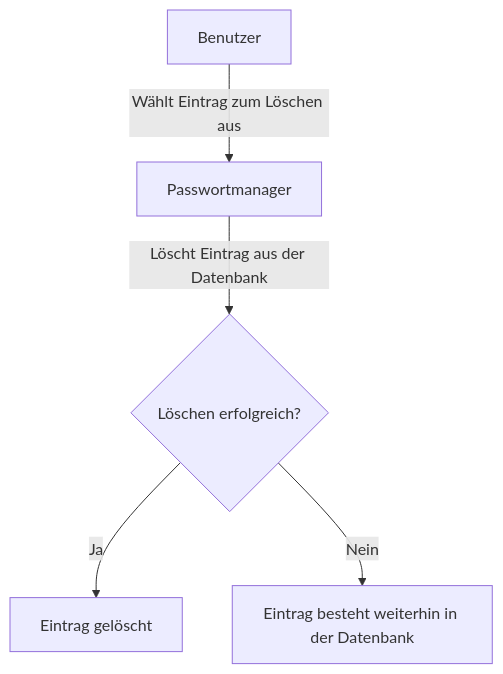
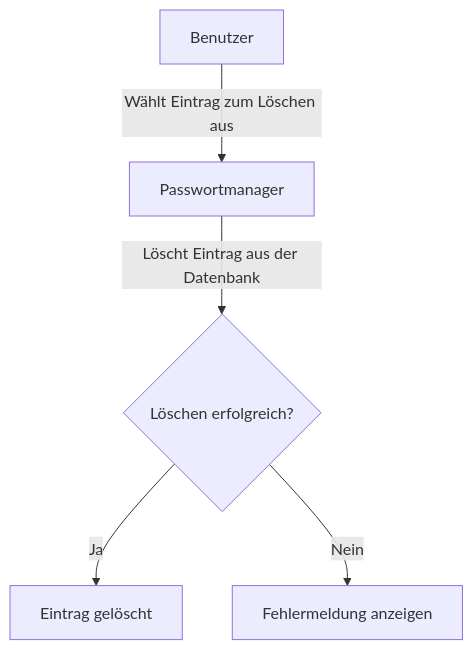
The sixth of 11 diagrams in ReadMe.md (NebelNite/Passwortmanager), drawn with Mermaid before and after one commit. The commit also changed other lines of this file and 11 other files, not shown here.

````diff
--- a/ReadMe.md
+++ b/ReadMe.md
@@ -297,7 +286,7 @@
 ```mermaid
 graph TD;
     A[Benutzer] -->|Wählt Eintrag zum Löschen aus| B[Passwortmanager]
     B -->|Löscht Eintrag aus der Datenbank| C{Löschen erfolgreich?}
     C -- Ja --> D[Eintrag gelöscht]
-    C -- Nein --> E[Eintrag besteht weiterhin in der Datenbank]
+    C -- Nein --> E[Fehlermeldung anzeigen]
 ```
````
